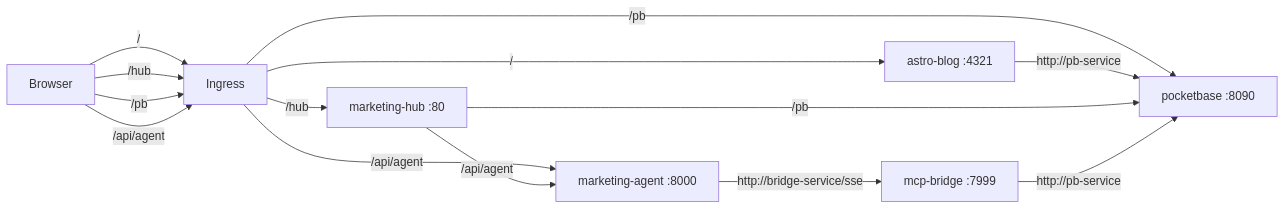
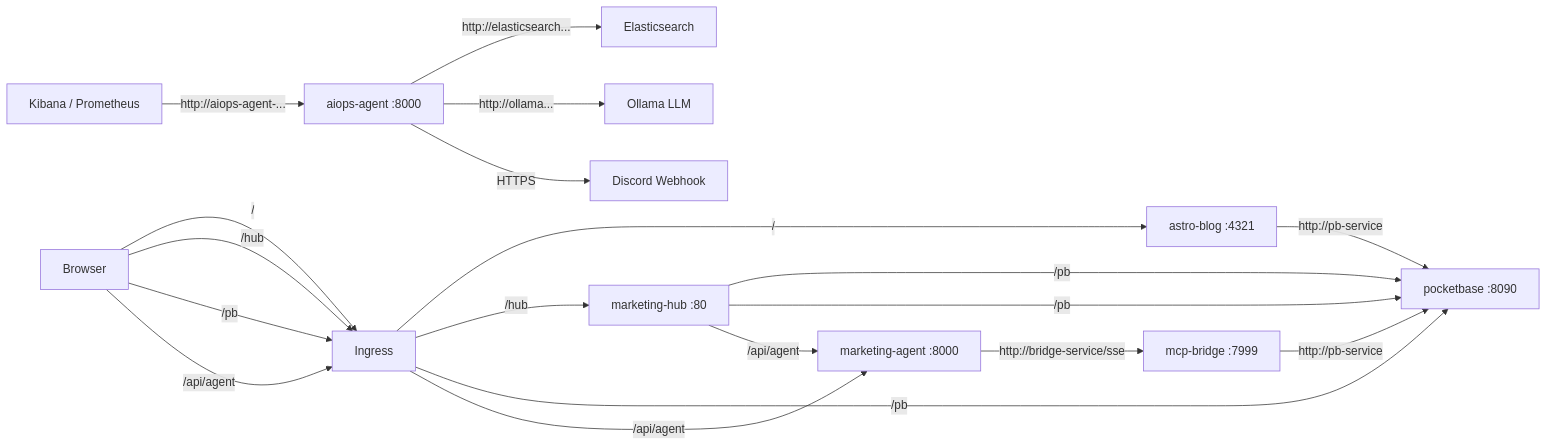
Before and after one commit to lupca/tmcp-gitops: the diagram in INFRASTRUCTURE.md, drawn with Mermaid. The commit also changed other lines of this file and 6 other files, not shown here.

````diff
--- a/INFRASTRUCTURE.md
+++ b/INFRASTRUCTURE.md
@@ -24,18 +24,24 @@
 ```mermaid
 graph LR
     Client[Browser] -->|"/"| Ingress
     Client -->|"/hub"| Ingress
     Client -->|"/pb"| Ingress
     Client -->|"/api/agent"| Ingress
 
     Ingress -->|"/"| Blog[astro-blog :4321]
     Ingress -->|"/hub"| Hub[marketing-hub :80]
     Ingress -->|"/pb"| PB[pocketbase :8090]
     Ingress -->|"/api/agent"| Agent[marketing-agent :8000]
 
     Blog -->|"http://pb-service"| PB
     Hub -->|"/pb"| PB
+    Hub -->|"/pb"| PB
     Hub -->|"/api/agent"| Agent
     Agent -->|"http://bridge-service/sse"| Bridge[mcp-bridge :7999]
     Bridge -->|"http://pb-service"| PB
+    
+    Kibana[Kibana / Prometheus] -->|"http://aiops-agent-..."| AIOps[aiops-agent :8000]
+    AIOps -->|"http://elasticsearch..."| ES[Elasticsearch]
+    AIOps -->|"http://ollama..."| Ollama[Ollama LLM]
+    AIOps -->|"HTTPS"| Discord[Discord Webhook]
 ```
````
